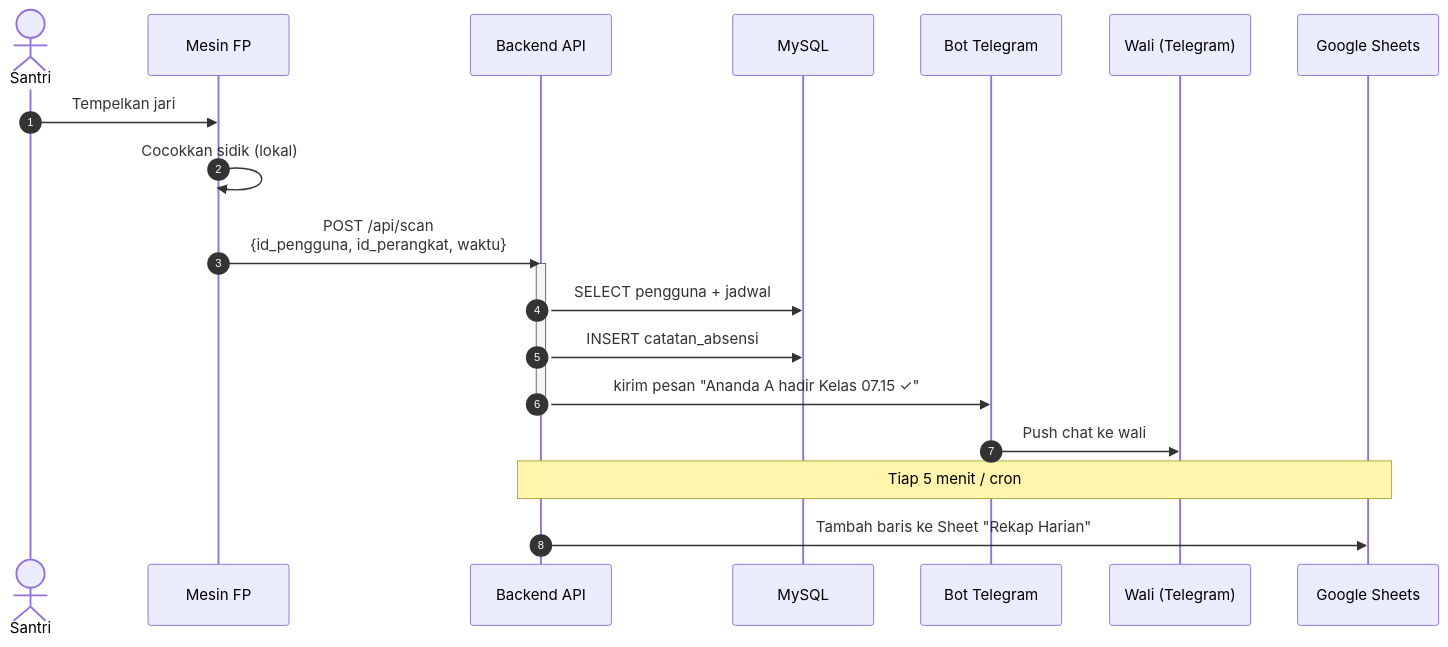
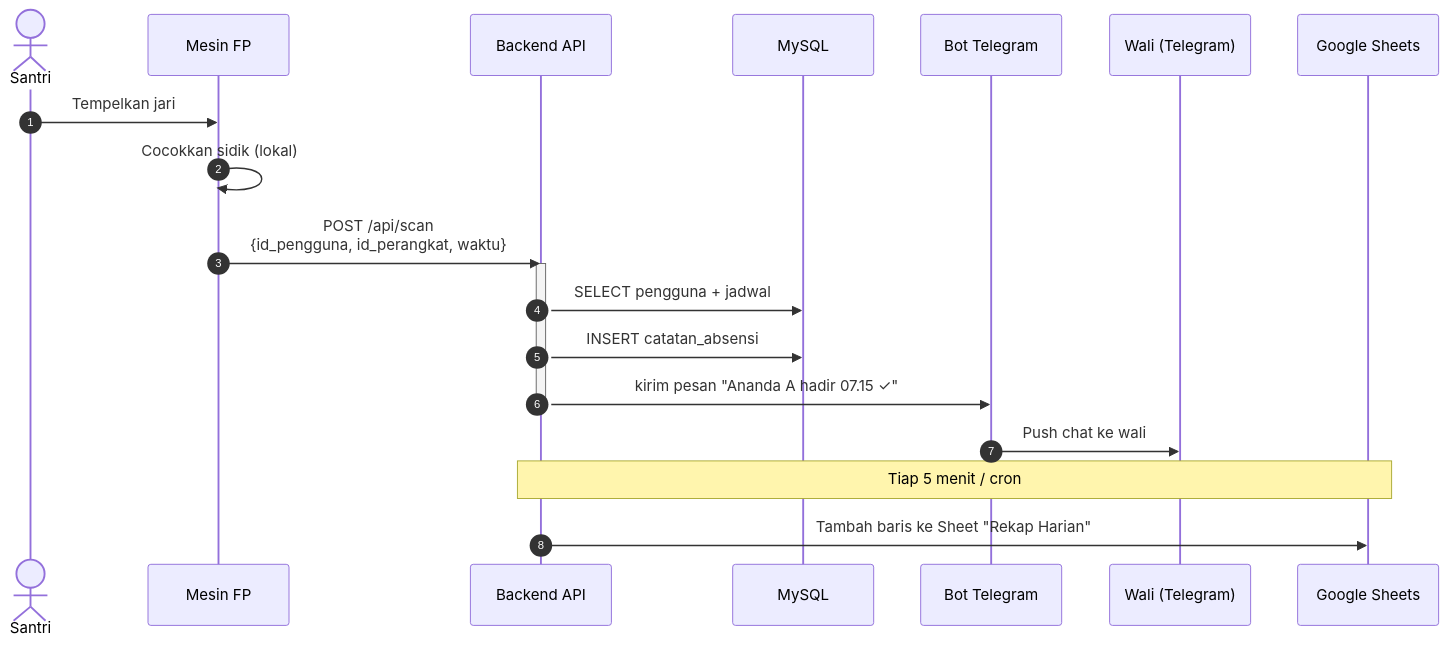
One commit to RaiKanaeru/ai-agents-vault changed the third of 3 diagrams in 20-Projects/01-absensi-finger/03-NO-WEB-SOLUTION.md. Above: the diagram before and after it, drawn with Mermaid. The commit also changed other lines of this file and 4 other files, not shown here.

````diff
--- a/20-Projects/01-absensi-finger/03-NO-WEB-SOLUTION.md
+++ b/20-Projects/01-absensi-finger/03-NO-WEB-SOLUTION.md
@@ -91,24 +91,24 @@
 ```mermaid
 sequenceDiagram
     autonumber
     actor S as Santri
     participant FP as Mesin FP
     participant API as Backend API
     participant DB as MySQL
     participant TG as Bot Telegram
     participant W as Wali (Telegram)
     participant SH as Google Sheets
 
     S->>FP: Tempelkan jari
     FP->>FP: Cocokkan sidik (lokal)
     FP->>API: POST /api/scan<br/>{id_pengguna, id_perangkat, waktu}
     activate API
     API->>DB: SELECT pengguna + jadwal
     API->>DB: INSERT catatan_absensi
-    API->>TG: kirim pesan "Ananda A hadir Kelas 07.15 ✓"
+    API->>TG: kirim pesan "Ananda A hadir 07.15 ✓"
     deactivate API
 
     TG->>W: Push chat ke wali
     Note over API,SH: Tiap 5 menit / cron
     API->>SH: Tambah baris ke Sheet "Rekap Harian"
 ```
````
